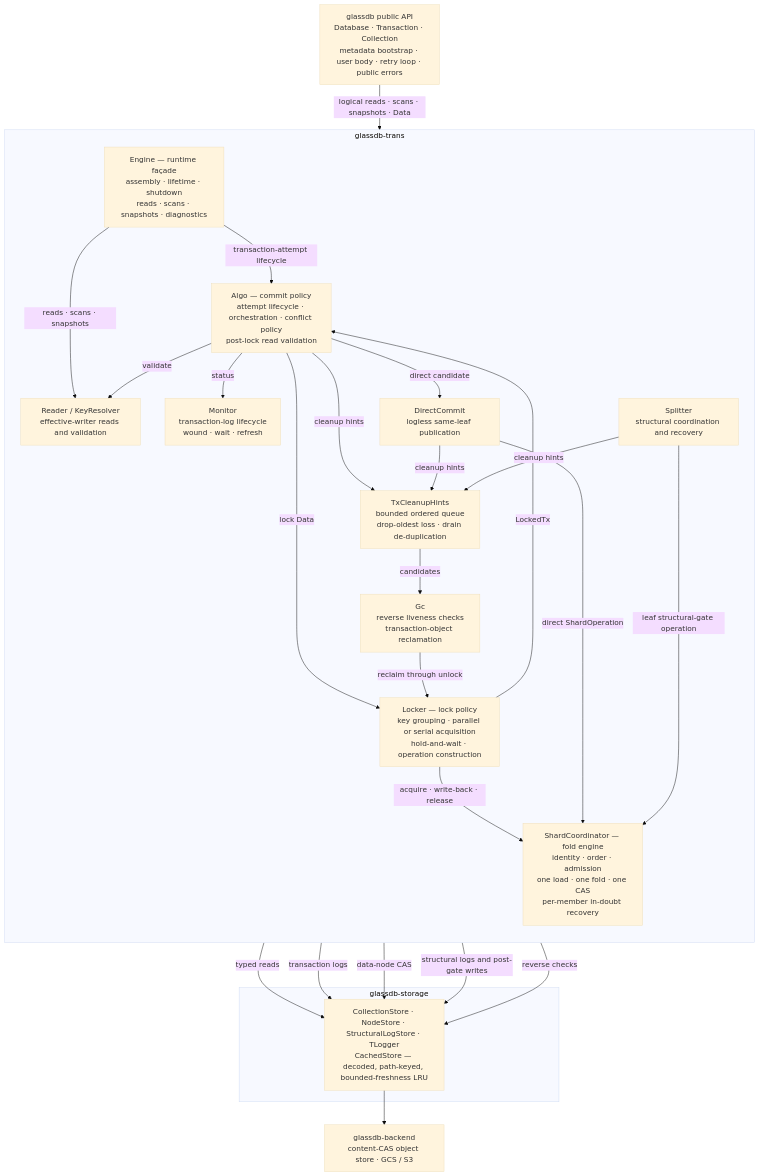
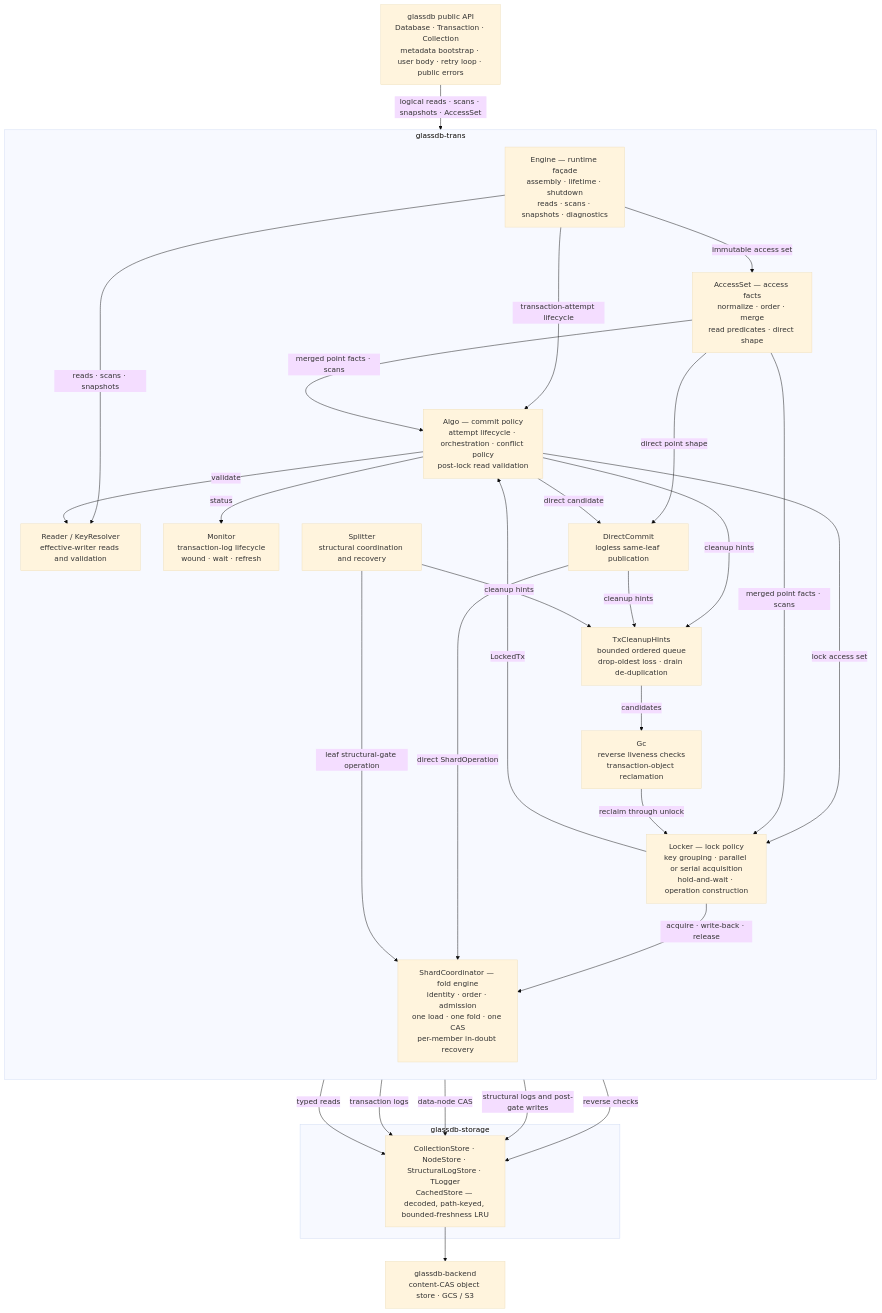
Before and after one commit to mbrt/glassdb-rs: the first of 2 diagrams in docs/architecture.md, drawn with Mermaid (base theme). The commit also changed other lines of this file and 14 other files, not shown here.

Commit message:
refactor(access): Move Data to AccessSet (#67)

````diff
--- a/docs/architecture.md
+++ b/docs/architecture.md
@@ -140,48 +148,53 @@
 ```mermaid
 flowchart TD
   API["glassdb public API<br/>Database · Transaction · Collection<br/>metadata bootstrap · user body · retry loop · public errors"]
 
   subgraph TRANS["glassdb-trans"]
     direction TB
     Engine["Engine — runtime façade<br/>assembly · lifetime · shutdown<br/>reads · scans · snapshots · diagnostics"]
+    Accesses["AccessSet — access facts<br/>normalize · order · merge<br/>read predicates · direct shape"]
     Algo["Algo — commit policy<br/>attempt lifecycle · orchestration · conflict policy<br/>post-lock read validation"]
     Reader["Reader / KeyResolver<br/>effective-writer reads and validation"]
     Locker["Locker — lock policy<br/>key grouping · parallel or serial acquisition<br/>hold-and-wait · operation construction"]
     Direct["DirectCommit<br/>logless same-leaf publication"]
     Monitor["Monitor<br/>transaction-log lifecycle<br/>wound · wait · refresh"]
     Hints["TxCleanupHints<br/>bounded ordered queue<br/>drop-oldest loss · drain de-duplication"]
     Splitter["Splitter<br/>structural coordination and recovery"]
     Coord["ShardCoordinator — fold engine<br/>identity · order · admission<br/>one load · one fold · one CAS<br/>per-member in-doubt recovery"]
     Gc["Gc<br/>reverse liveness checks<br/>transaction-object reclamation"]
 
     Engine -->|"transaction-attempt lifecycle"| Algo
+    Engine -->|"immutable access set"| Accesses
     Engine -->|"reads · scans · snapshots"| Reader
     Algo -->|"validate"| Reader
-    Algo -->|"lock Data"| Locker
+    Algo -->|"lock access set"| Locker
     Locker -->|"LockedTx"| Algo
     Algo -->|"status"| Monitor
+    Accesses -->|"merged point facts · scans"| Algo
+    Accesses -->|"merged point facts · scans"| Locker
+    Accesses -->|"direct point shape"| Direct
     Algo -->|"direct candidate"| Direct
     Algo -->|"cleanup hints"| Hints
     Direct -->|"cleanup hints"| Hints
     Splitter -->|"cleanup hints"| Hints
     Hints -->|"candidates"| Gc
     Locker -->|"acquire · write-back · release"| Coord
     Direct -->|"direct ShardOperation"| Coord
     Splitter -->|"leaf structural-gate operation"| Coord
     Gc -->|"reclaim through unlock"| Locker
   end
 
   subgraph STORAGE["glassdb-storage"]
     Stores["CollectionStore · NodeStore · StructuralLogStore · TLogger<br/>CachedStore — decoded, path-keyed, bounded-freshness LRU"]
   end
 
   Backend["glassdb-backend<br/>content-CAS object store · GCS / S3"]
 
-  API -->|"logical reads · scans · snapshots · Data"| Engine
+  API -->|"logical reads · scans · snapshots · AccessSet"| Engine
   Reader -->|"typed reads"| Stores
   Monitor -->|"transaction logs"| Stores
   Coord -->|"data-node CAS"| Stores
   Splitter -->|"structural logs and post-gate writes"| Stores
   Gc -->|"reverse checks"| Stores
   Stores --> Backend
 ```
````
